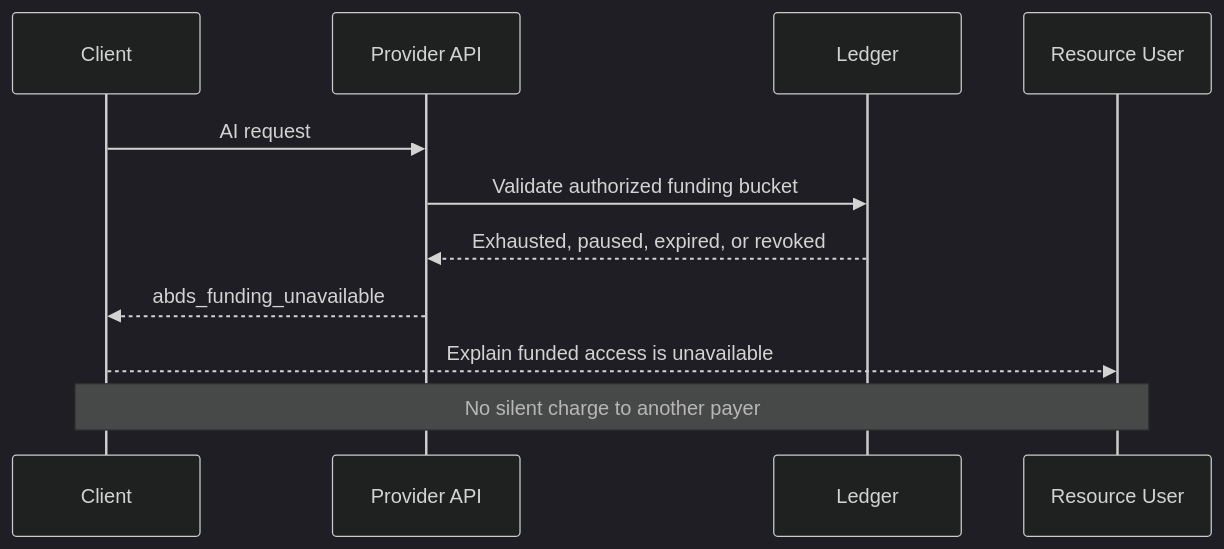
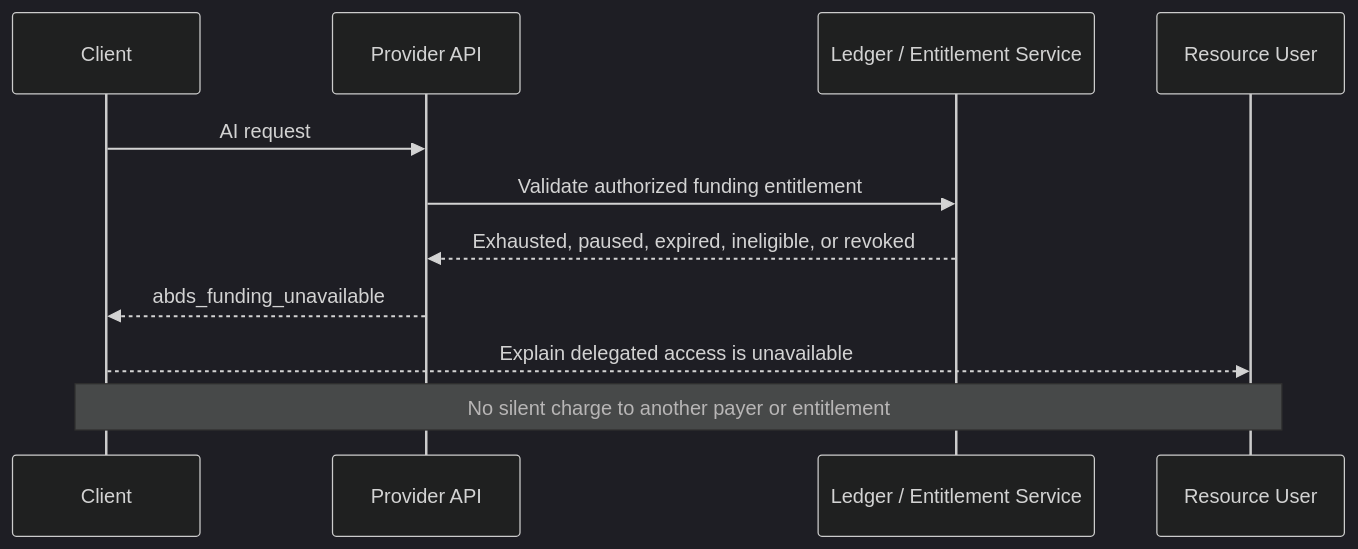
One commit to MJohnstonAI/ai-billing-delegation changed diagram 14 of 15 in FLOWS.md. Above: the diagram before and after it, drawn with Mermaid (dark theme). The commit also changed other lines of this file and 11 other files, not shown here.

````diff
--- a/FLOWS.md
+++ b/FLOWS.md
@@ -196,14 +273,14 @@
 ```mermaid
 sequenceDiagram
     participant A as Client
     participant API as Provider API
-    participant L as Ledger
+    participant L as Ledger / Entitlement Service
     participant U as Resource User
 
     A->>API: AI request
-    API->>L: Validate authorized funding bucket
-    L-->>API: Exhausted, paused, expired, or revoked
+    API->>L: Validate authorized funding entitlement
+    L-->>API: Exhausted, paused, expired, ineligible, or revoked
     API-->>A: abds_funding_unavailable
-    A-->>U: Explain funded access is unavailable
-    Note over A,U: No silent charge to another payer
+    A-->>U: Explain delegated access is unavailable
+    Note over A,U: No silent charge to another payer or entitlement
 ```
````
